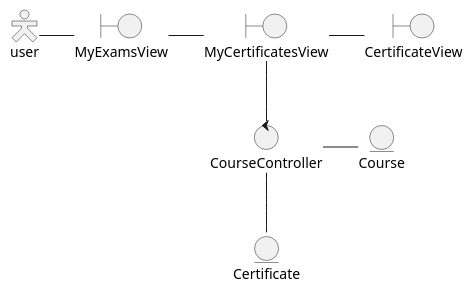
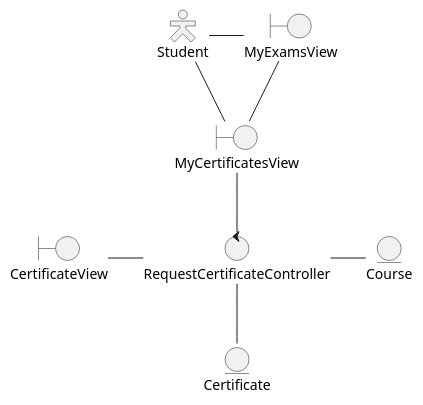
One commit to TheSProyect/Proyecto-IS-Grupo-1 changed the diagram in docs/scenariosView/UC-requestCetificate-analysisClassDiagram.plantuml. Above: the diagram before and after it, drawn with PlantUML. The commit also changed 2 other files, not shown here.

Commit message:
Fixed UC requestCertificate

```diff
--- a/docs/scenariosView/UC-requestCetificate-analysisClassDiagram.plantuml
+++ b/docs/scenariosView/UC-requestCetificate-analysisClassDiagram.plantuml
@@ -1,21 +1,22 @@
 @startuml UC requestCertificate analysisClassDiagram
 skinparam actorstyle hollow 
 
-actor user 
+actor "Student" as user 
 boundary "MyExamsView" as start
 boundary "MyCertificatesView" as myCertificates
 boundary "CertificateView" as certificateView
 entity "Course"  as course
-control "CourseController" as courseController
+control "RequestCertificateController" as requestCertificateController
 entity "Certificate" as certificate
 
 
 user - start
-start - myCertificates
-myCertificates -down- courseController
-myCertificates - certificateView
-courseController - course
-courseController -down- certificate
+user - myCertificates
+start -- myCertificates
+myCertificates -down- requestCertificateController
+requestCertificateController -left- certificateView
+requestCertificateController - course
+requestCertificateController -down- certificate
 'certificateView - certificate
 
 @enduml
```
